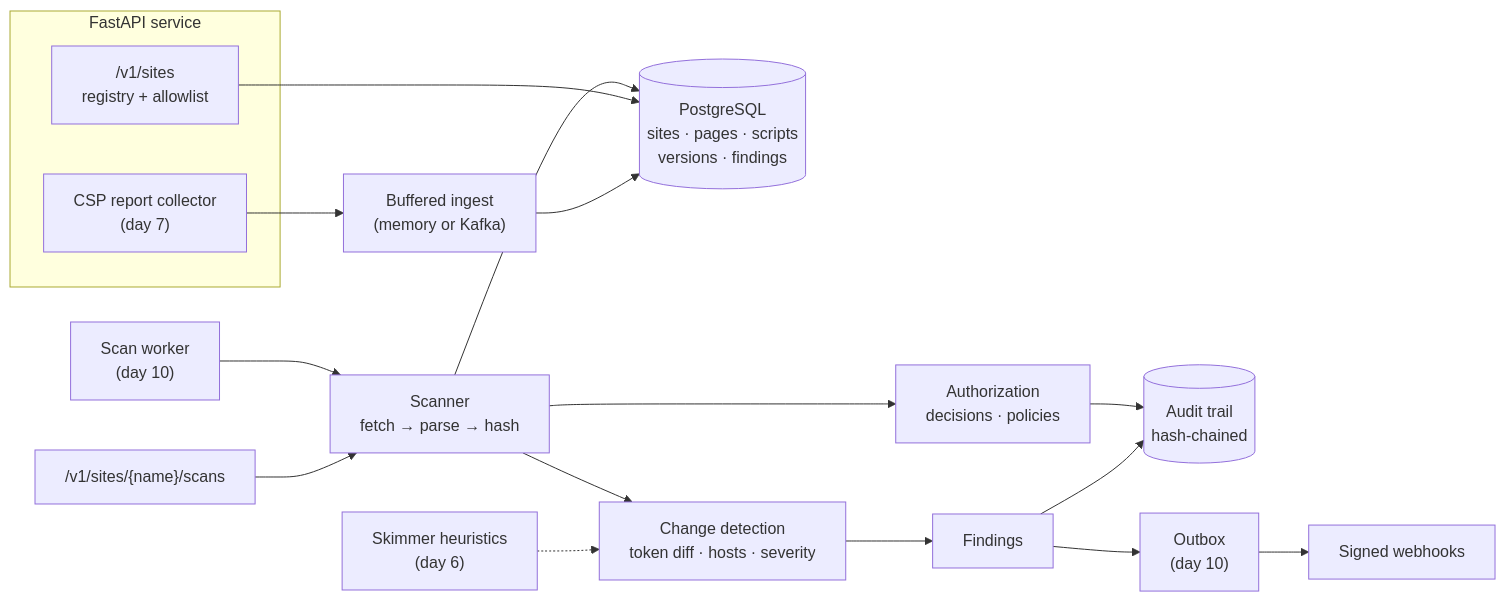
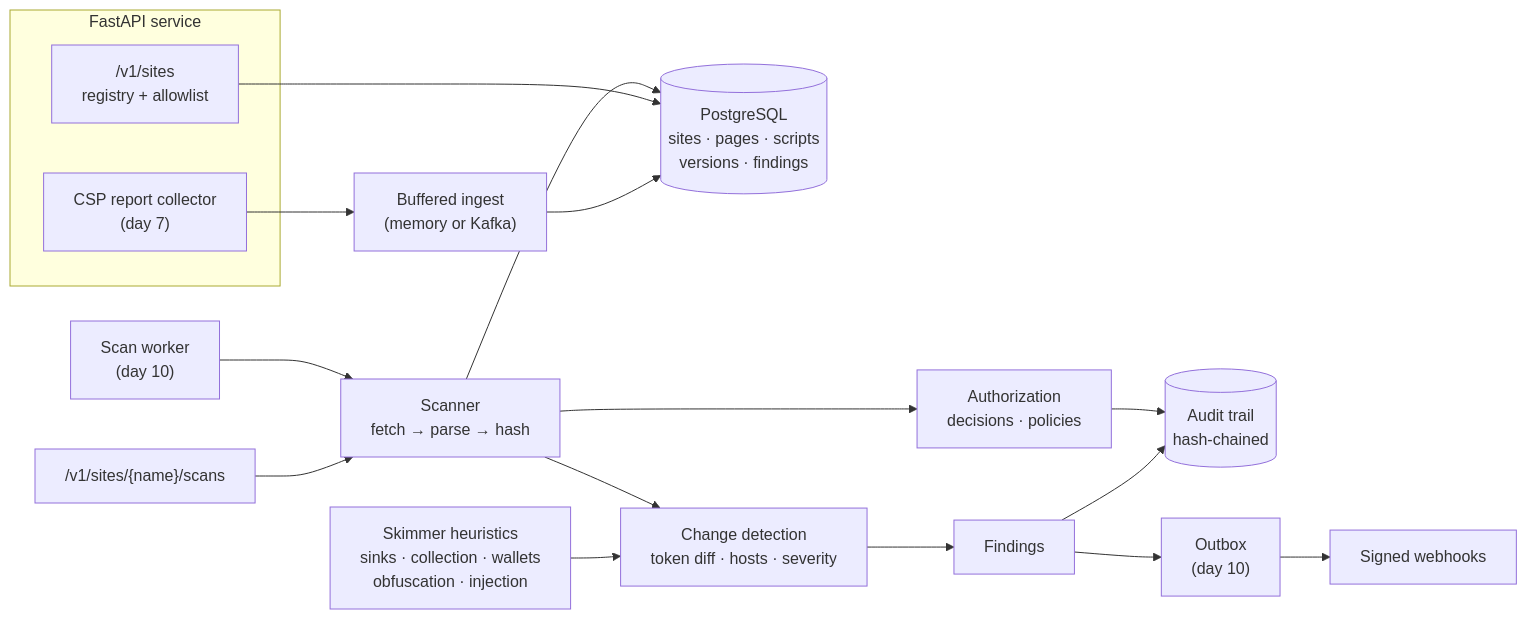
One commit to xeeshan16/script-sentinel changed the first of 2 diagrams in README.md. Above: the diagram before and after it, drawn with Mermaid. The commit also changed other lines of this file and 3 other files, not shown here.

First line of the commit message:
Check the heuristics in CI; day 6 docs

````diff
--- a/README.md
+++ b/README.md
@@ -62,18 +66,18 @@
 ```mermaid
 flowchart LR
     subgraph API["FastAPI service"]
         sites["/v1/sites<br/>registry + allowlist"]
         csp["CSP report collector<br/>(day 7)"]
     end
     worker["Scan worker<br/>(day 10)"] --> scanner["Scanner<br/>fetch → parse → hash"]
     scans["/v1/sites/{name}/scans"] --> scanner
     scanner --> store[("PostgreSQL<br/>sites · pages · scripts<br/>versions · findings")]
     scanner --> policy["Authorization<br/>decisions · policies"]
     policy --> trail[("Audit trail<br/>hash-chained")]
     scanner --> diff["Change detection<br/>token diff · hosts · severity"]
     diff --> findings["Findings"] --> outbox["Outbox<br/>(day 10)"] --> hooks["Signed webhooks"]
     findings --> trail
-    heur["Skimmer heuristics<br/>(day 6)"] -.-> diff
+    heur["Skimmer heuristics<br/>sinks · collection · wallets<br/>obfuscation · injection"] --> diff
     sites --> store
     csp --> ingest["Buffered ingest<br/>(memory or Kafka)"] --> store
 ```
````
